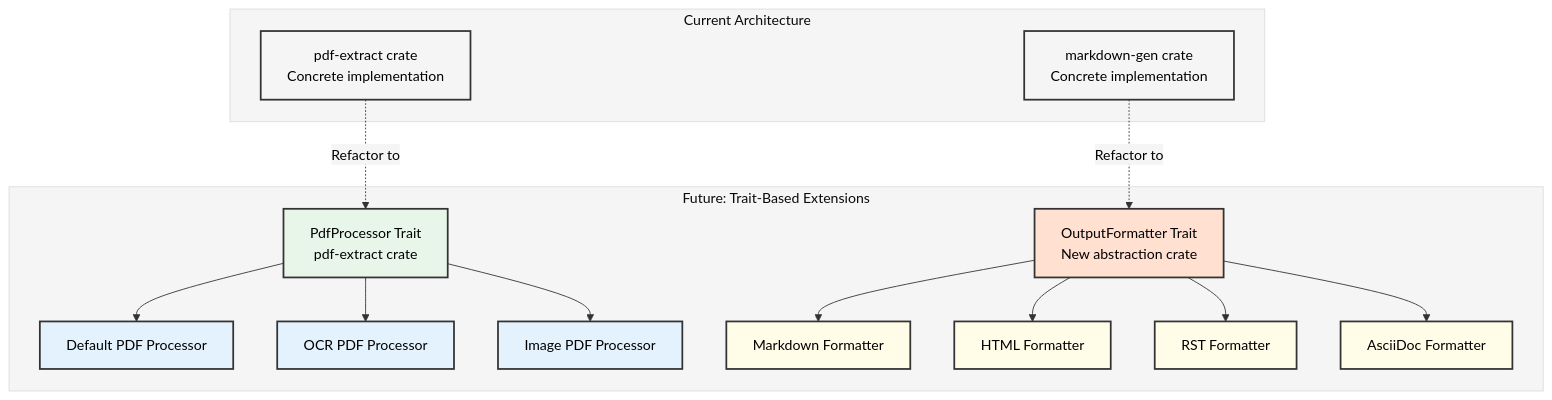
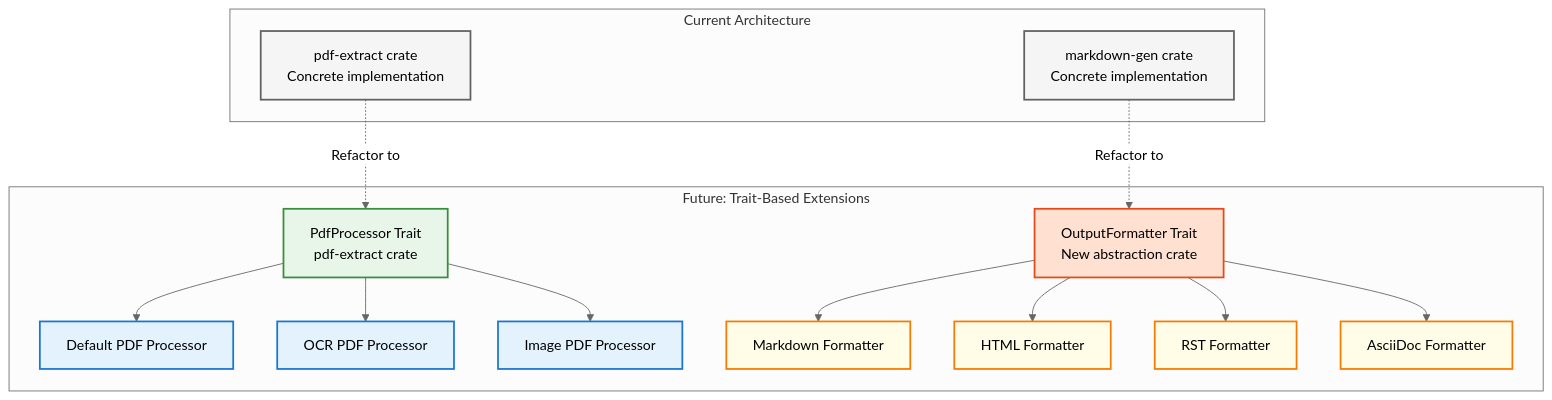
One commit to softwarewrighter/pdf2md changed the eighth of 8 diagrams in wiki/Architecture-Diagrams.md. Above: the diagram before and after it, drawn with Mermaid. The commit also changed other lines of this file and 7 other files, not shown here.

First line of the commit message:
fix: update mermaid diagrams for GitHub dark mode compatibility

````diff
--- a/wiki/Architecture-Diagrams.md
+++ b/wiki/Architecture-Diagrams.md
@@ -371,46 +371,46 @@
 ```mermaid
-%%{init: {'theme':'base', 'themeVariables': {'primaryColor':'#f5f5f5','primaryTextColor':'#000','primaryBorderColor':'#333','lineColor':'#333','secondaryColor':'#f5f5f5','tertiaryColor':'#f5f5f5'}}}%%
+%%{init: {'theme':'neutral'}}%%
 graph TB
     subgraph "Current Architecture"
         A[pdf-extract crate<br/>Concrete implementation]
         B[markdown-gen crate<br/>Concrete implementation]
     end
 
     subgraph "Future: Trait-Based Extensions"
         C[PdfProcessor Trait<br/>pdf-extract crate]
         D[OutputFormatter Trait<br/>New abstraction crate]
 
         E[Default PDF Processor]
         F[OCR PDF Processor]
         G[Image PDF Processor]
 
         H[Markdown Formatter]
         I[HTML Formatter]
         J[RST Formatter]
         K[AsciiDoc Formatter]
     end
 
     A -.->|Refactor to| C
     B -.->|Refactor to| D
 
     C --> E
     C --> F
     C --> G
 
     D --> H
     D --> I
     D --> J
     D --> K
 
-    style A fill:#f5f5f5,stroke:#333,stroke-width:2px,color:#000
-    style B fill:#f5f5f5,stroke:#333,stroke-width:2px,color:#000
-    style C fill:#e8f5e9,stroke:#333,stroke-width:2px,color:#000
-    style D fill:#ffe0d1,stroke:#333,stroke-width:2px,color:#000
-    style E fill:#e3f2fd,stroke:#333,stroke-width:2px,color:#000
-    style F fill:#e3f2fd,stroke:#333,stroke-width:2px,color:#000
-    style G fill:#e3f2fd,stroke:#333,stroke-width:2px,color:#000
-    style H fill:#fffde7,stroke:#333,stroke-width:2px,color:#000
-    style I fill:#fffde7,stroke:#333,stroke-width:2px,color:#000
-    style J fill:#fffde7,stroke:#333,stroke-width:2px,color:#000
-    style K fill:#fffde7,stroke:#333,stroke-width:2px,color:#000
+    style A fill:#f5f5f5,stroke:#616161,stroke-width:2px
+    style B fill:#f5f5f5,stroke:#616161,stroke-width:2px
+    style C fill:#e8f5e9,stroke:#388e3c,stroke-width:2px
+    style D fill:#ffe0d1,stroke:#e64a19,stroke-width:2px
+    style E fill:#e3f2fd,stroke:#1976d2,stroke-width:2px
+    style F fill:#e3f2fd,stroke:#1976d2,stroke-width:2px
+    style G fill:#e3f2fd,stroke:#1976d2,stroke-width:2px
+    style H fill:#fffde7,stroke:#f57c00,stroke-width:2px
+    style I fill:#fffde7,stroke:#f57c00,stroke-width:2px
+    style J fill:#fffde7,stroke:#f57c00,stroke-width:2px
+    style K fill:#fffde7,stroke:#f57c00,stroke-width:2px
 ```
````
